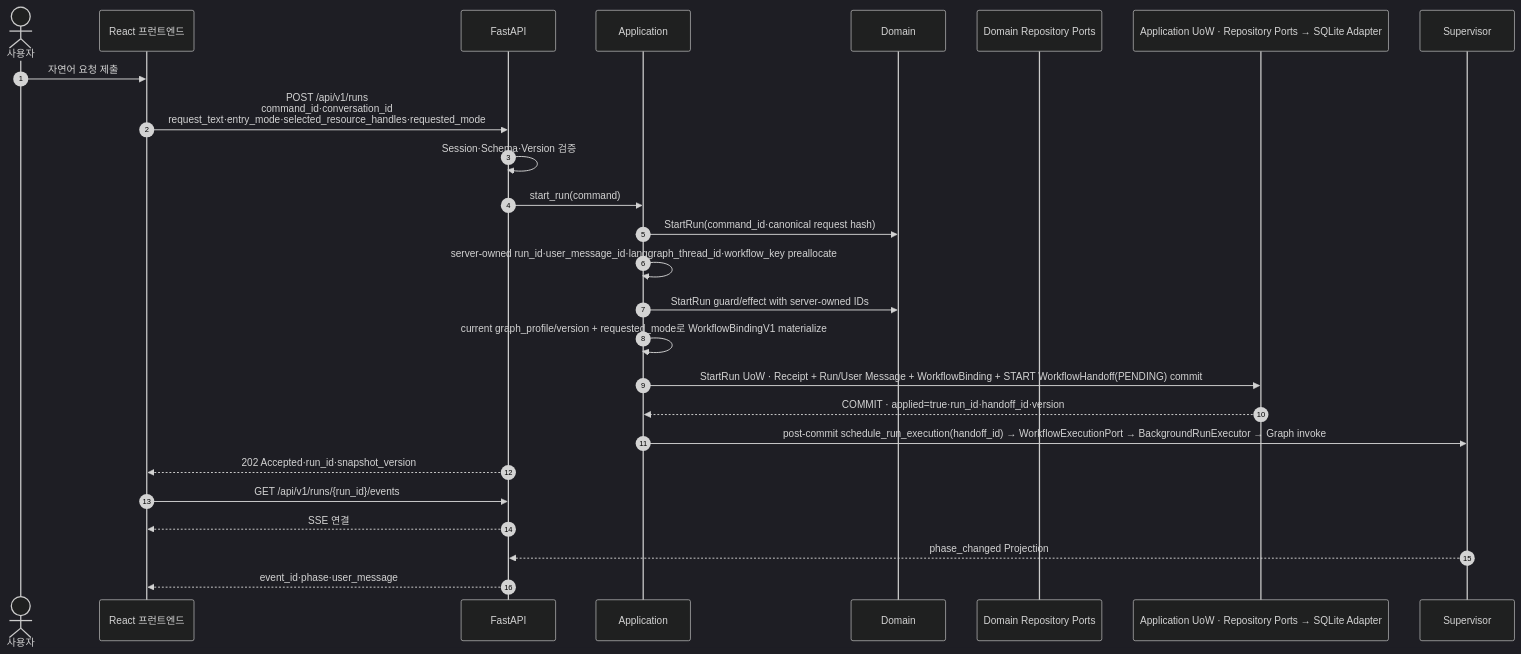
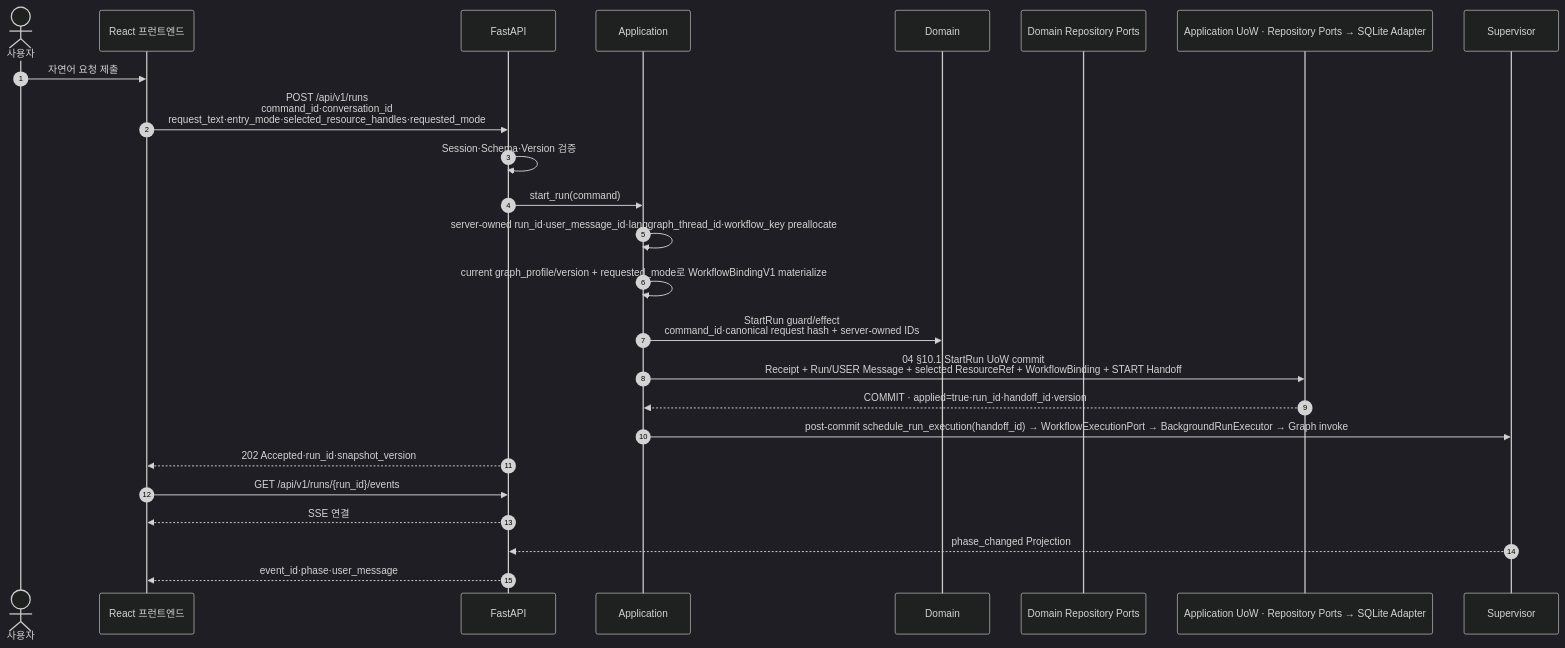
One commit to solar-ai-dev/google-work-agent changed the third of 20 diagrams in docs/canonical/08-sequence-design.md. Above: the diagram before and after it, drawn with Mermaid (dark theme). The commit also changed other lines of this file and 12 other files, not shown here.

````diff
--- a/docs/canonical/08-sequence-design.md
+++ b/docs/canonical/08-sequence-design.md
@@ -320,29 +320,28 @@
 ```mermaid
 sequenceDiagram
     autonumber
     actor U as 사용자
     participant FE as React 프런트엔드
     participant API as FastAPI
     participant APP as Application
     participant DOM as Domain
     participant REP as Domain Repository Ports
     participant DB as Application UoW · Repository Ports → SQLite Adapter
     participant SUP as Supervisor
 
     U->>FE: 자연어 요청 제출
     FE->>API: POST /api/v1/runs<br>command_id·conversation_id<br>request_text·entry_mode·selected_resource_handles·requested_mode
     API->>API: Session·Schema·Version 검증
     API->>APP: start_run(command)
-    APP->>DOM: StartRun(command_id·canonical request hash)
     APP->>APP: server-owned run_id·user_message_id·langgraph_thread_id·workflow_key preallocate
-    APP->>DOM: StartRun guard/effect with server-owned IDs
     APP->>APP: current graph_profile/version + requested_mode로 WorkflowBindingV1 materialize
-    APP->>DB: StartRun UoW · Receipt + Run/User Message + WorkflowBinding + START WorkflowHandoff(PENDING) commit
+    APP->>DOM: StartRun guard/effect<br>command_id·canonical request hash + server-owned IDs
+    APP->>DB: 04 §10.1 StartRun UoW commit<br>Receipt + Run/USER Message + selected ResourceRef + WorkflowBinding + START Handoff
     DB-->>APP: COMMIT · applied=true·run_id·handoff_id·version
     APP->>SUP: post-commit schedule_run_execution(handoff_id) → WorkflowExecutionPort → BackgroundRunExecutor → Graph invoke
     API-->>FE: 202 Accepted·run_id·snapshot_version
     FE->>API: GET /api/v1/runs/{run_id}/events
     API-->>FE: SSE 연결
     SUP-->>API: phase_changed Projection
     API-->>FE: event_id·phase·user_message
 ```
````
